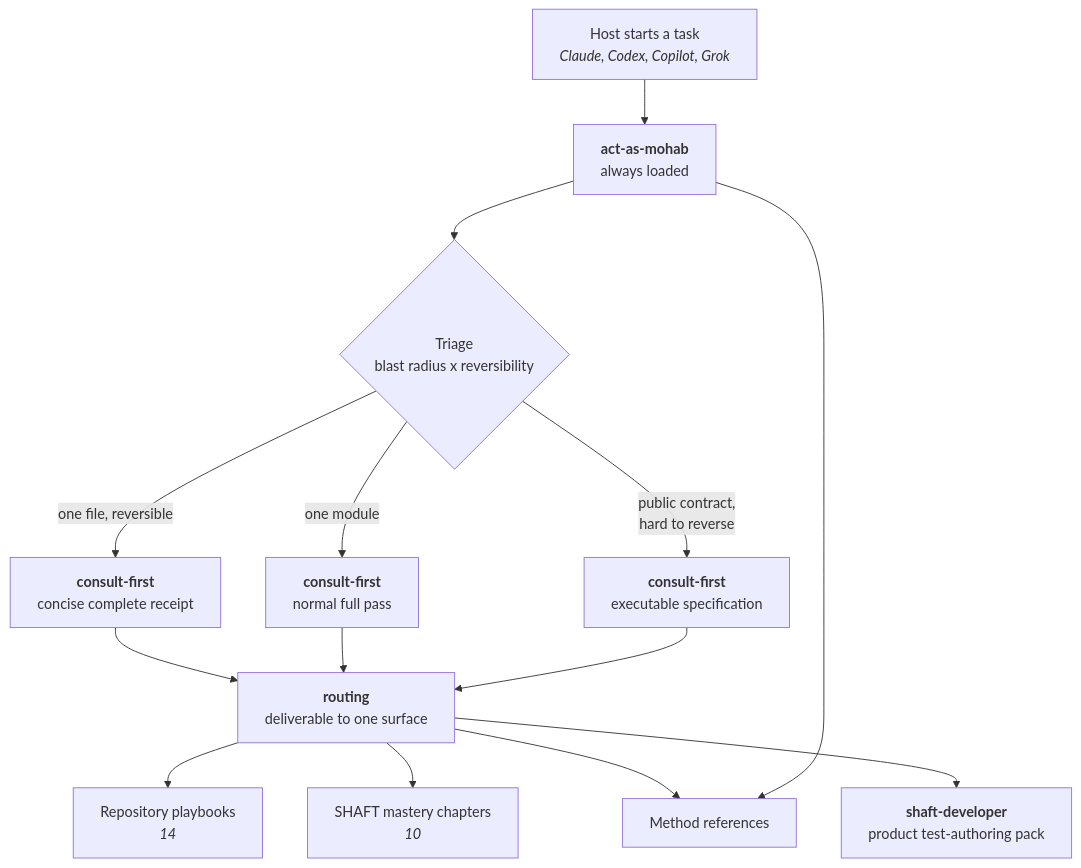
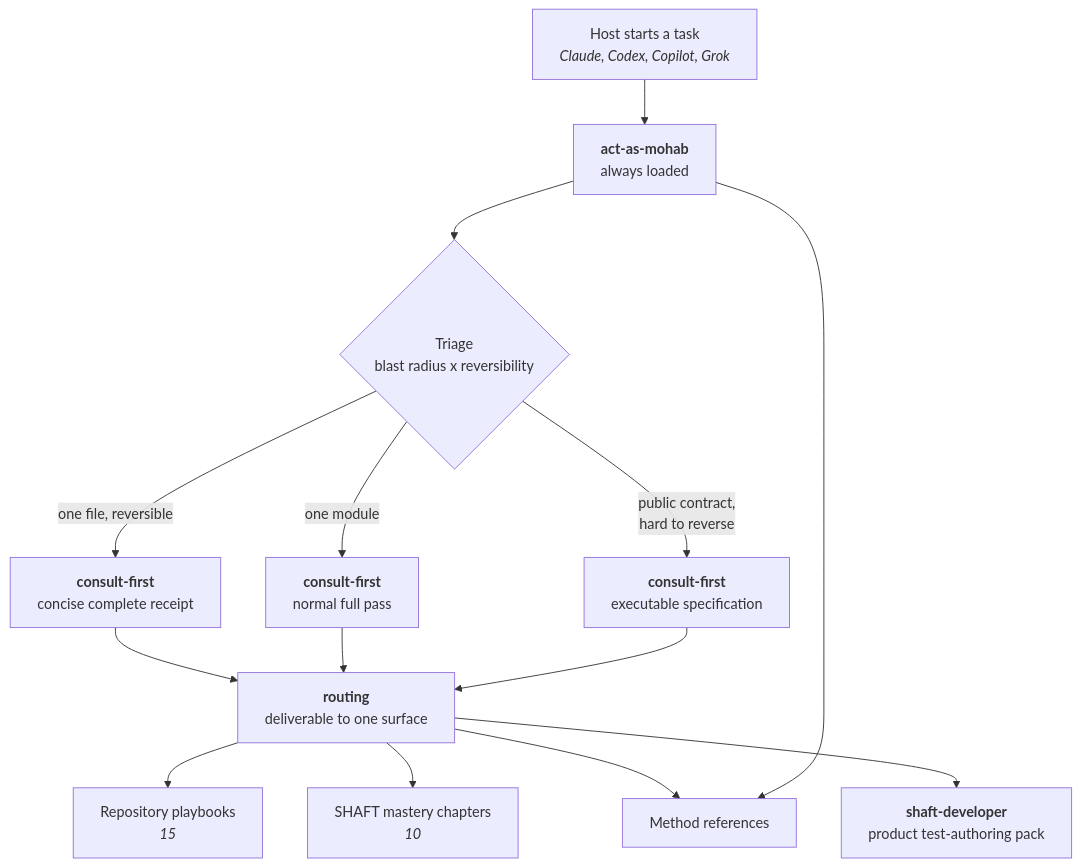
One commit to ShaftHQ/SHAFT_ENGINE changed the first of 4 diagrams in .agents/skills/README.md. Above: the diagram before and after it, drawn with Mermaid. The commit also changed other lines of this file and 6 other files, not shown here.

````diff
--- a/.agents/skills/README.md
+++ b/.agents/skills/README.md
@@ -20,22 +20,22 @@
 ```mermaid
 flowchart TD
     H["Host starts a task<br/><i>Claude, Codex, Copilot, Grok</i>"] --> E
 
     E["<b>act-as-mohab</b><br/>always loaded"]
     E --> T{"Triage<br/>blast radius x reversibility"}
 
     T -->|"one file, reversible"| GO["<b>consult-first</b><br/>concise complete receipt"]
     T -->|"one module"| C["<b>consult-first</b><br/>normal full pass"]
     T -->|"public contract,<br/>hard to reverse"| CF["<b>consult-first</b><br/>executable specification"]
 
     GO --> R
     C --> R
     CF --> R
 
     R["<b>routing</b><br/>deliverable to one surface"]
-    R --> P["Repository playbooks<br/><i>14</i>"]
+    R --> P["Repository playbooks<br/><i>15</i>"]
     R --> M["SHAFT mastery chapters<br/><i>10</i>"]
     R --> D["Method references"]
     E --> D
     R --> S["<b>shaft-developer</b><br/>product test-authoring pack"]
 ```
````
